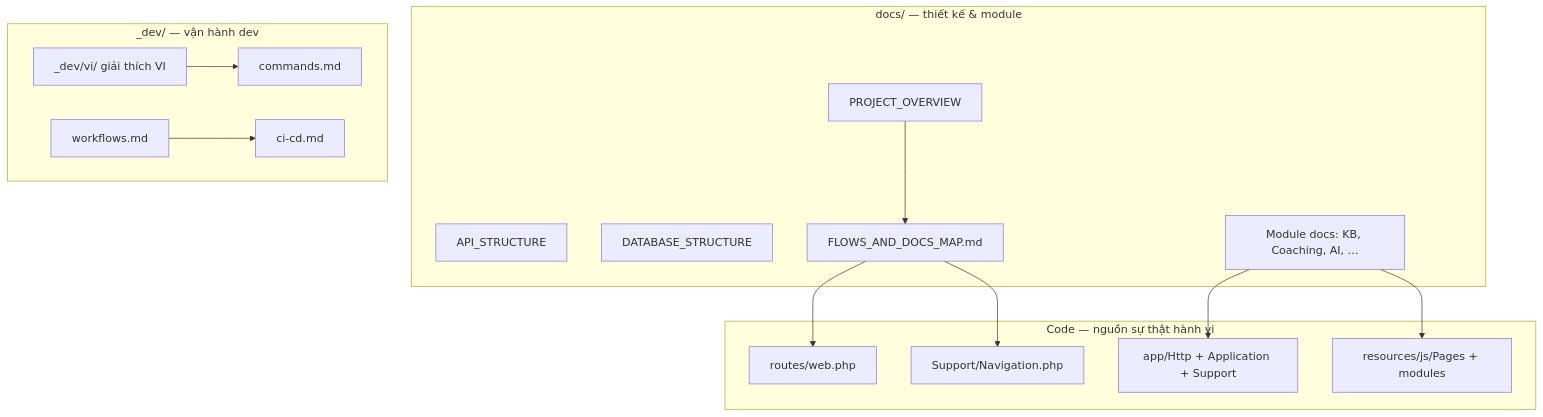
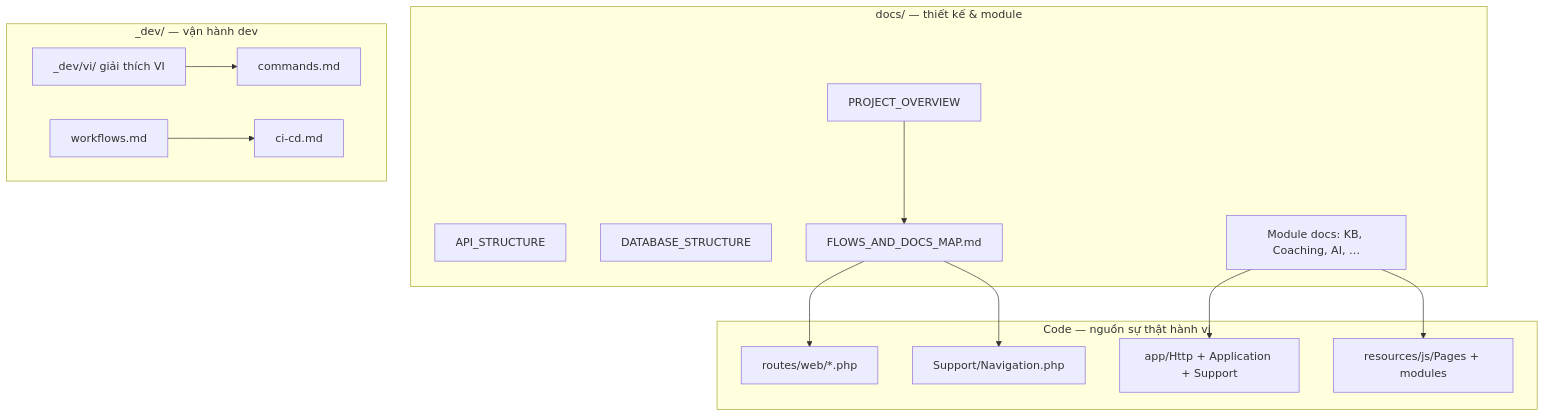
The first of 10 diagrams in docs/FLOWS_AND_DOCS_MAP.md (EasyToBuildWithKane/va-qlda), drawn with Mermaid before and after one commit. The commit also changed other lines of this file and 116 other files, not shown here.

````diff
--- a/docs/FLOWS_AND_DOCS_MAP.md
+++ b/docs/FLOWS_AND_DOCS_MAP.md
@@ -10,29 +10,29 @@
 ```mermaid
 flowchart TB
   subgraph docs ["docs/ — thiết kế & module"]
     PO[PROJECT_OVERVIEW]
     API[API_STRUCTURE]
     DB[DATABASE_STRUCTURE]
     MOD[Module docs: KB, Coaching, AI, …]
     FLOW[FLOWS_AND_DOCS_MAP.md]
   end
   subgraph code ["Code — nguồn sự thật hành vi"]
-    R[routes/web.php]
+    R[routes/web/*.php]
     NAV[Support/Navigation.php]
     APP[app/Http + Application + Support]
     FE[resources/js/Pages + modules]
   end
   subgraph dev ["_dev/ — vận hành dev"]
     CMD[commands.md]
     WF[workflows.md]
     CI[ci-cd.md]
     VI[_dev/vi/ giải thích VI]
   end
   FLOW --> R
   FLOW --> NAV
   MOD --> APP
   MOD --> FE
   WF --> CI
   VI --> CMD
   PO --> FLOW
 ```
````
